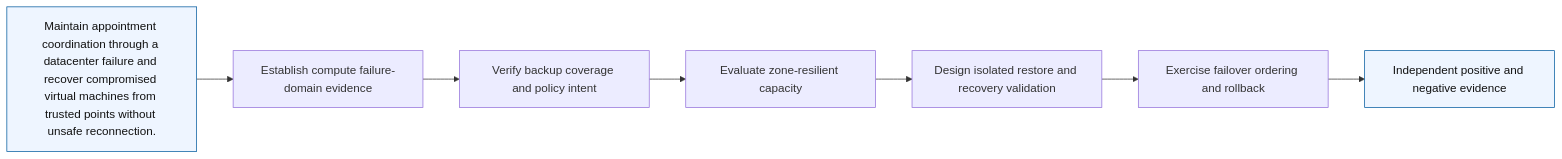
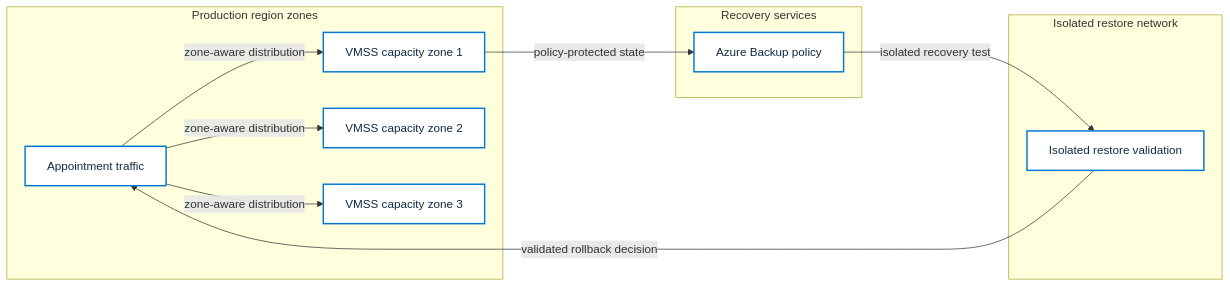
The diagram in labs/15-compute-backup-ha/diagrams/architecture.mmd (Jamonygr/Azure-Solutions-Architect-Expert), drawn with Mermaid before and after one commit. The commit also changed 144 other files, not shown here.

```diff
--- a/labs/15-compute-backup-ha/diagrams/architecture.mmd
+++ b/labs/15-compute-backup-ha/diagrams/architecture.mmd
@@ -1,12 +1,23 @@
 %% BEGIN GENERATED AZ305 V1
 flowchart LR
-    R["Maintain appointment coordination through a datacenter failure and recover compromised virtual machines from trusted points without unsafe reconnection."]
-    R --> C1["Establish compute failure-domain evidence"]
-    C1 --> C2["Verify backup coverage and policy intent"]
-    C2 --> C3["Evaluate zone-resilient capacity"]
-    C3 --> C4["Design isolated restore and recovery validation"]
-    C4 --> C5["Exercise failover ordering and rollback"]
-    C5 --> E["Independent positive and negative evidence"]
-    classDef boundary fill:#eef5ff,stroke:#005a9e,color:#111
-    class R,E boundary
+    subgraph B_production_region["Production region zones"]
+        N_traffic["Appointment traffic"]
+        N_zone_one["VMSS capacity zone 1"]
+        N_zone_two["VMSS capacity zone 2"]
+        N_zone_three["VMSS capacity zone 3"]
+    end
+    subgraph B_recovery_services["Recovery services"]
+        N_backup["Azure Backup policy"]
+    end
+    subgraph B_isolated_validation["Isolated restore network"]
+        N_restore["Isolated restore validation"]
+    end
+    N_traffic -->|"zone-aware distribution"| N_zone_one
+    N_traffic -->|"zone-aware distribution"| N_zone_two
+    N_traffic -->|"zone-aware distribution"| N_zone_three
+    N_zone_one -->|"policy-protected state"| N_backup
+    N_backup -->|"isolated recovery test"| N_restore
+    N_restore -->|"validated rollback decision"| N_traffic
+    classDef service fill:#ffffff,stroke:#0078d4,color:#102a43,stroke-width:2px
+    class N_traffic,N_zone_one,N_zone_two,N_zone_three,N_backup,N_restore service
 %% END GENERATED AZ305 V1
```
